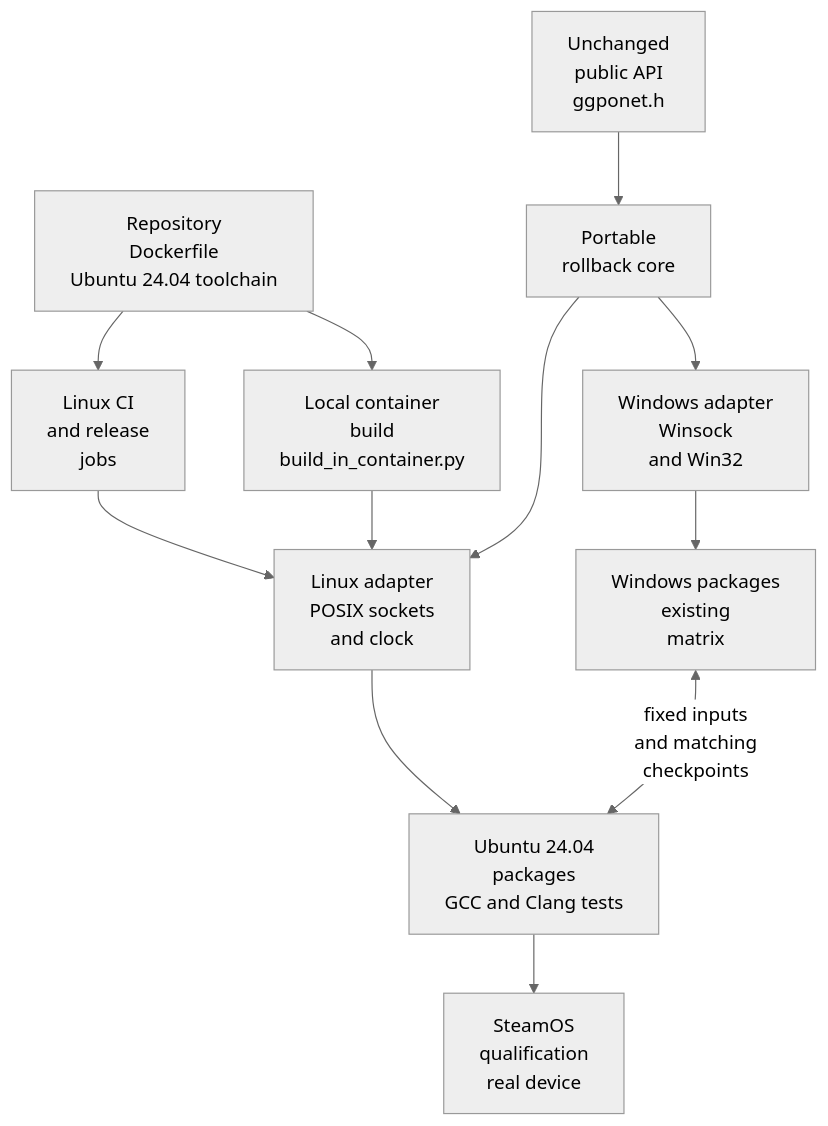
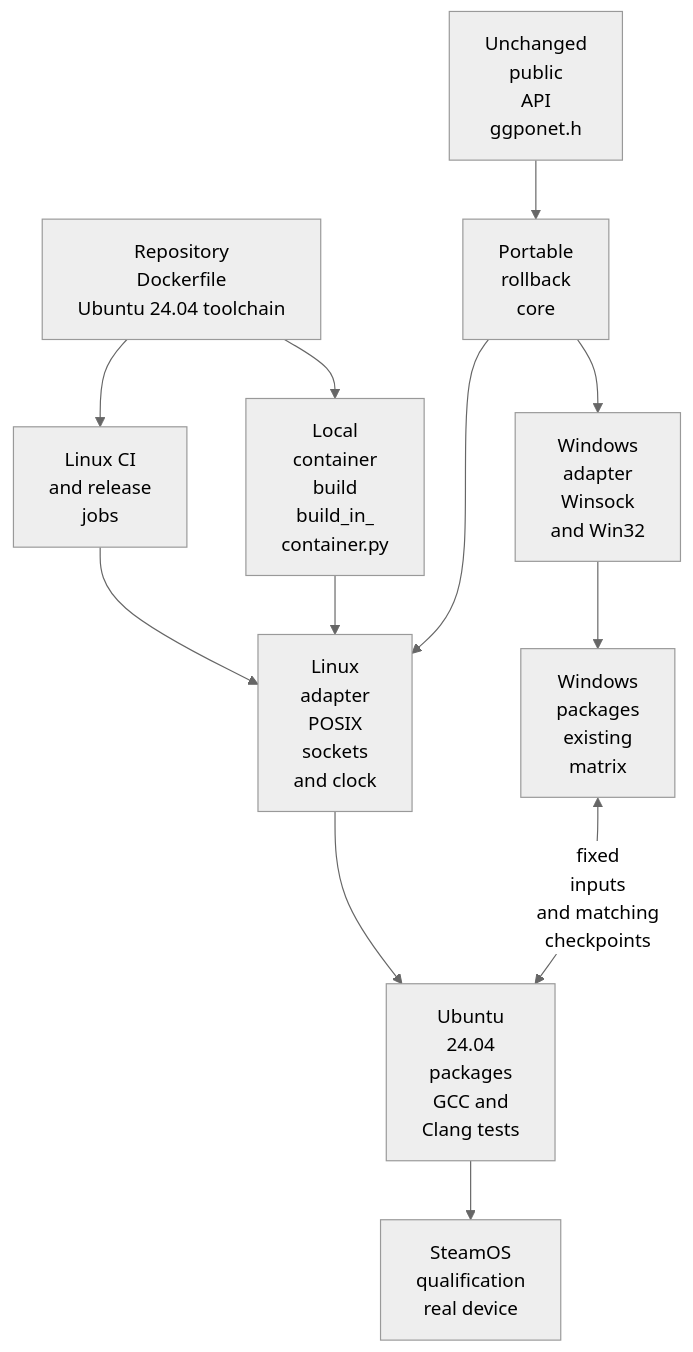
Before and after one commit to irregularthanis/ggpo-next: the diagram in doc/planning/2026-11-07-linux_support/TECH_PLAN.md, drawn with Mermaid (neutral theme).

Commit message:
docs: wrap Linux plan diagram labels

````diff
--- a/doc/planning/2026-11-07-linux_support/TECH_PLAN.md
+++ b/doc/planning/2026-11-07-linux_support/TECH_PLAN.md
@@ -47,15 +47,15 @@
 ```mermaid
 flowchart TD
     Dockerfile["Repository<br/>Dockerfile<br/>Ubuntu 24.04 toolchain"]
-    Local["Local container<br/>build<br/>build_in_container.py"]
+    Local["Local<br/>container<br/>build<br/>build_in_<br/>container.py"]
     CI["Linux CI<br/>and release<br/>jobs"]
-    API["Unchanged<br/>public API<br/>ggponet.h"] --> Core["Portable<br/>rollback core"]
-    Core --> Win["Windows adapter<br/>Winsock<br/>and Win32"]
-    Core --> Linux["Linux adapter<br/>POSIX sockets<br/>and clock"]
-    Win --> WinPkg["Windows packages<br/>existing<br/>matrix"]
-    Linux --> LinPkg["Ubuntu 24.04<br/>packages<br/>GCC and Clang tests"]
-    WinPkg <-->|"fixed inputs<br/>and matching<br/>checkpoints"| LinPkg
+    API["Unchanged<br/>public<br/>API<br/>ggponet.h"] --> Core["Portable<br/>rollback<br/>core"]
+    Core --> Win["Windows<br/>adapter<br/>Winsock<br/>and Win32"]
+    Core --> Linux["Linux<br/>adapter<br/>POSIX<br/>sockets<br/>and clock"]
+    Win --> WinPkg["Windows<br/>packages<br/>existing<br/>matrix"]
+    Linux --> LinPkg["Ubuntu<br/>24.04<br/>packages<br/>GCC and<br/>Clang tests"]
+    WinPkg <-->|"fixed<br/>inputs<br/>and matching<br/>checkpoints"| LinPkg
     LinPkg --> Deck["SteamOS<br/>qualification<br/>real device"]
     Dockerfile --> Local --> Linux
     Dockerfile --> CI --> Linux
 ```
````
